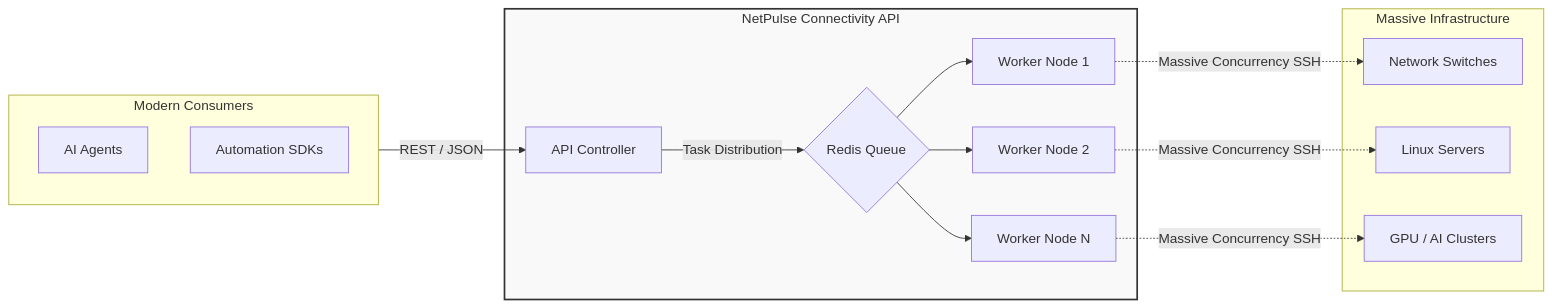
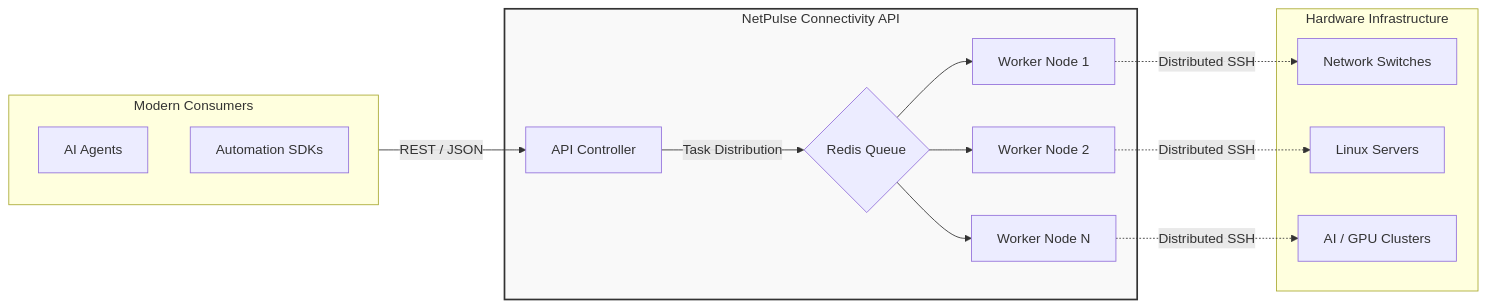
The diagram in README.md (scitix/netpulse), drawn with Mermaid before and after one commit. The commit also changed other lines of this file, not shown here.

````diff
--- a/README.md
+++ b/README.md
@@ -14,27 +14,27 @@
 ```mermaid
 graph LR
     subgraph Consumers[Modern Consumers]
         A1[AI Agents]
         A2[Automation SDKs]
     end
 
     subgraph NetPulse[NetPulse Connectivity API]
         C[API Controller] --> |Task Distribution| Q{Redis Queue}
         Q --> W1[Worker Node 1]
         Q --> W2[Worker Node 2]
         Q --> Wn[Worker Node N]
     end
 
-    subgraph Infrastructure[Massive Infrastructure]
+    subgraph Infrastructure[Hardware Infrastructure]
         D1[Network Switches]
         D2[Linux Servers]
-        Dn[GPU / AI Clusters]
+        Dn[AI / GPU Clusters]
     end
 
     Consumers -->|REST / JSON| C
-    W1 -.->|Massive Concurrency SSH| D1
-    W2 -.->|Massive Concurrency SSH| D2
-    Wn -.->|Massive Concurrency SSH| Dn
+    W1 -.->|Distributed SSH| D1
+    W2 -.->|Distributed SSH| D2
+    Wn -.->|Distributed SSH| Dn
 
     style NetPulse fill:#f9f9f9,stroke:#333,stroke-width:2px
 ```
````
